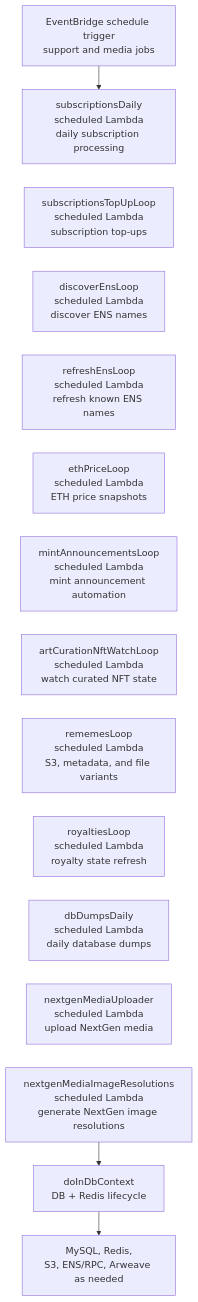
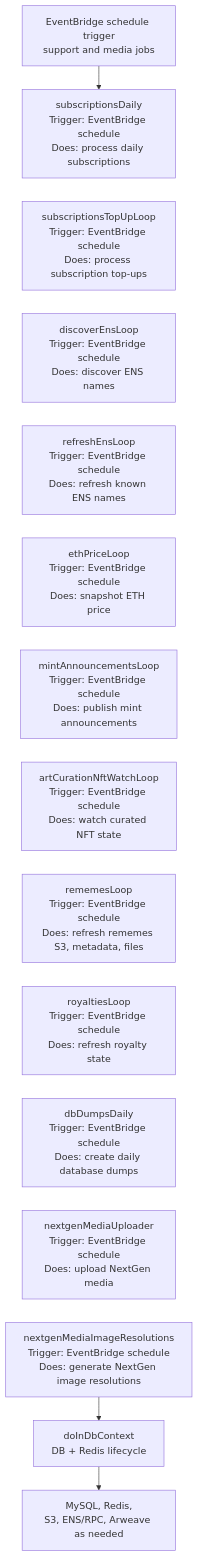
Before and after one commit to 6529-Collections/6529seize-backend: the fourth of 16 diagrams in docs/architecture.md, drawn with Mermaid. The commit also changed other lines of this file, not shown here.

````diff
--- a/docs/architecture.md
+++ b/docs/architecture.md
@@ -92,29 +92,29 @@
 ```mermaid
 %%{init: {"flowchart": {"nodeSpacing": 24, "rankSpacing": 40, "curve": "basis"}} }%%
 flowchart TD
-  SupportSchedules["EventBridge schedule trigger<br/>support and media jobs"] --> SubscriptionsDaily["subscriptionsDaily<br/>scheduled Lambda<br/>daily subscription processing"]
-  SubscriptionsTopUpLoop["subscriptionsTopUpLoop<br/>scheduled Lambda<br/>subscription top-ups"]
-  DiscoverEnsLoop["discoverEnsLoop<br/>scheduled Lambda<br/>discover ENS names"]
-  RefreshEnsLoop["refreshEnsLoop<br/>scheduled Lambda<br/>refresh known ENS names"]
-  EthPriceLoop["ethPriceLoop<br/>scheduled Lambda<br/>ETH price snapshots"]
-  MintAnnouncementsLoop["mintAnnouncementsLoop<br/>scheduled Lambda<br/>mint announcement automation"]
-  ArtCurationNftWatchLoop["artCurationNftWatchLoop<br/>scheduled Lambda<br/>watch curated NFT state"]
-  RememesLoop["rememesLoop<br/>scheduled Lambda<br/>S3, metadata, and file variants"]
-  RoyaltiesLoop["royaltiesLoop<br/>scheduled Lambda<br/>royalty state refresh"]
-  DbDumpsDaily["dbDumpsDaily<br/>scheduled Lambda<br/>daily database dumps"]
-  NextgenMediaUploader["nextgenMediaUploader<br/>scheduled Lambda<br/>upload NextGen media"]
-  NextgenMediaImageResolutions["nextgenMediaImageResolutions<br/>scheduled Lambda<br/>generate NextGen image resolutions"]
+  SupportSchedules["EventBridge schedule trigger<br/>support and media jobs"] --> SubscriptionsDaily["subscriptionsDaily<br/>Trigger: EventBridge schedule<br/>Does: process daily subscriptions"]
+  SubscriptionsTopUpLoop["subscriptionsTopUpLoop<br/>Trigger: EventBridge schedule<br/>Does: process subscription top-ups"]
+  DiscoverEnsLoop["discoverEnsLoop<br/>Trigger: EventBridge schedule<br/>Does: discover ENS names"]
+  RefreshEnsLoop["refreshEnsLoop<br/>Trigger: EventBridge schedule<br/>Does: refresh known ENS names"]
+  EthPriceLoop["ethPriceLoop<br/>Trigger: EventBridge schedule<br/>Does: snapshot ETH price"]
+  MintAnnouncementsLoop["mintAnnouncementsLoop<br/>Trigger: EventBridge schedule<br/>Does: publish mint announcements"]
+  ArtCurationNftWatchLoop["artCurationNftWatchLoop<br/>Trigger: EventBridge schedule<br/>Does: watch curated NFT state"]
+  RememesLoop["rememesLoop<br/>Trigger: EventBridge schedule<br/>Does: refresh rememes S3, metadata, files"]
+  RoyaltiesLoop["royaltiesLoop<br/>Trigger: EventBridge schedule<br/>Does: refresh royalty state"]
+  DbDumpsDaily["dbDumpsDaily<br/>Trigger: EventBridge schedule<br/>Does: create daily database dumps"]
+  NextgenMediaUploader["nextgenMediaUploader<br/>Trigger: EventBridge schedule<br/>Does: upload NextGen media"]
+  NextgenMediaImageResolutions["nextgenMediaImageResolutions<br/>Trigger: EventBridge schedule<br/>Does: generate NextGen image resolutions"]
   SubscriptionsDaily ~~~ SubscriptionsTopUpLoop
   SubscriptionsTopUpLoop ~~~ DiscoverEnsLoop
   DiscoverEnsLoop ~~~ RefreshEnsLoop
   RefreshEnsLoop ~~~ EthPriceLoop
   EthPriceLoop ~~~ MintAnnouncementsLoop
   MintAnnouncementsLoop ~~~ ArtCurationNftWatchLoop
   ArtCurationNftWatchLoop ~~~ RememesLoop
   RememesLoop ~~~ RoyaltiesLoop
   RoyaltiesLoop ~~~ DbDumpsDaily
   DbDumpsDaily ~~~ NextgenMediaUploader
   NextgenMediaUploader ~~~ NextgenMediaImageResolutions
   NextgenMediaImageResolutions --> SupportRuntime["doInDbContext<br/>DB + Redis lifecycle"]
   SupportRuntime --> SupportExternal["MySQL, Redis,<br/>S3, ENS/RPC, Arweave as needed"]
 ```
````
